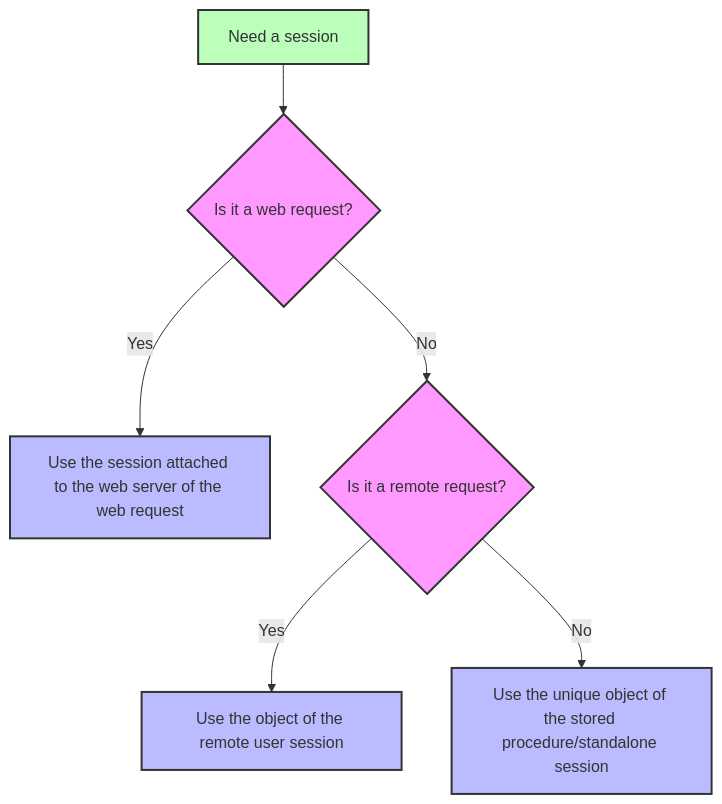
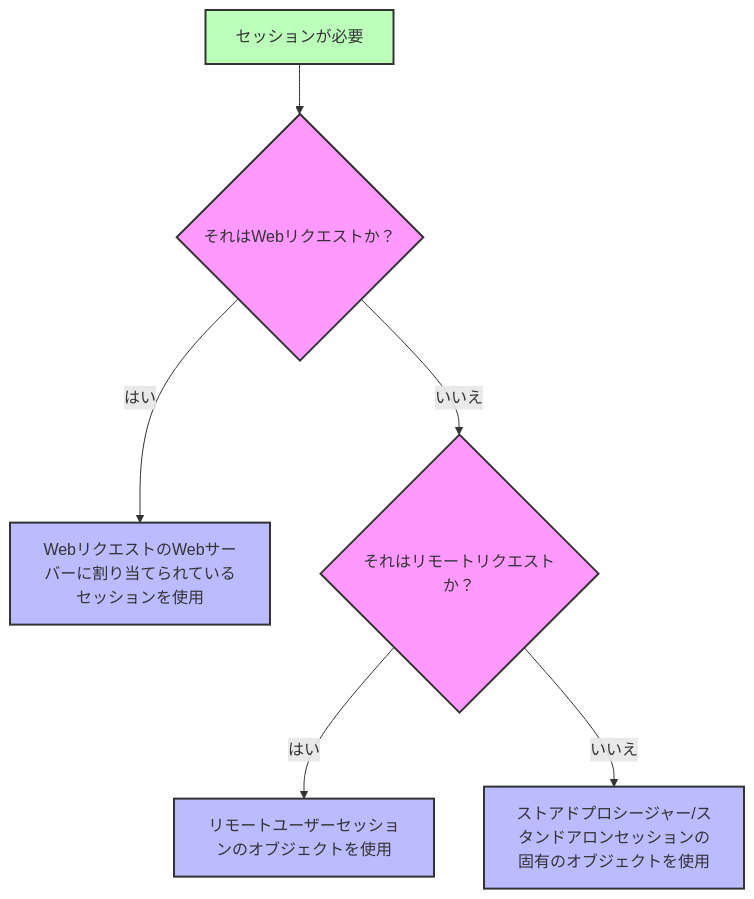
Before and after one commit to 4d/docs: the diagram in i18n/ja/docusaurus-plugin-content-docs/current/commands/session.md, drawn with Mermaid. The commit also changed other lines of this file and 119 other files, not shown here.

````diff
--- a/i18n/ja/docusaurus-plugin-content-docs/current/commands/session.md
+++ b/i18n/ja/docusaurus-plugin-content-docs/current/commands/session.md
@@ -91,16 +91,16 @@
 ```mermaid
 flowchart TD
-    A[Need a session] --> B{Is it a web request?}
-    B -->|Yes| C[Use the session attached to the web server of the web request]
-    B -->|No| D{Is it a remote request?}
-    D -->|Yes| E[Use the object of the remote user session]
-    D -->|No| F[Use the unique object of the stored procedure/standalone session]
+    A[セッションが必要] --> B{それはWebリクエストか？}
+    B -->|はい| C[WebリクエストのWebサーバーに割り当てられているセッションを使用]
+    B -->|いいえ| D{それはリモートリクエストか？}
+    D -->|はい| E[リモートユーザーセッションのオブジェクトを使用]
+    D -->|いいえ| F[ストアドプロシージャー/スタンドアロンセッションの固有のオブジェクトを使用]
 
     classDef decision fill:#f9f,stroke:#333,stroke-width:2px;
     classDef process fill:#bbf,stroke:#333,stroke-width:2px;
     classDef start fill:#bfb,stroke:#333,stroke-width:2px;
 
     class B,D decision
     class A start
     class C,E,F process
 ```
````
